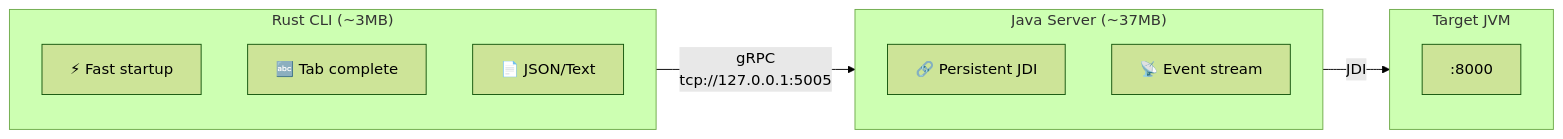
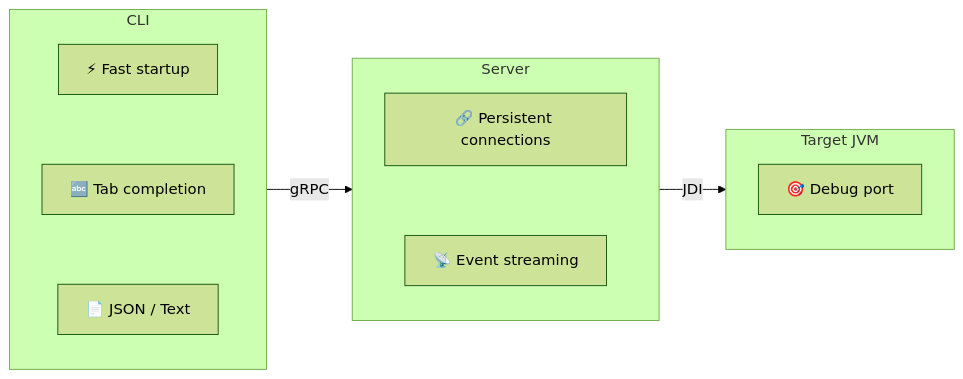
Before and after one commit to PavingLayer/jdbg: the diagram in doc/src/intro.md, drawn with Mermaid (forest theme). The commit also changed other lines of this file and 11 other files, not shown here.

````diff
--- a/doc/src/intro.md
+++ b/doc/src/intro.md
@@ -15,22 +17,24 @@
 ```mermaid
 flowchart LR
-    subgraph CLI["Rust CLI (~3MB)"]
+    subgraph CLI["CLI"]
         direction TB
         C1["⚡ Fast startup"]
-        C2["🔤 Tab complete"]
-        C3["📄 JSON/Text"]
+        C2["🔤 Tab completion"]
+        C3["📄 JSON / Text"]
+        C1 ~~~ C2 ~~~ C3
     end
 
-    subgraph Server["Java Server (~37MB)"]
+    subgraph Server["Server"]
         direction TB
-        S1["🔗 Persistent JDI"]
-        S2["📡 Event stream"]
+        S1["🔗 Persistent connections"]
+        S2["📡 Event streaming"]
+        S1 ~~~ S2
     end
 
     subgraph Target["Target JVM"]
-        T1[":8000"]
+        T1["🎯 Debug port"]
     end
 
-    CLI -->|"gRPC<br/>tcp://127.0.0.1:5005"| Server
+    CLI -->|"gRPC"| Server
     Server -->|"JDI"| Target
 ```
````
